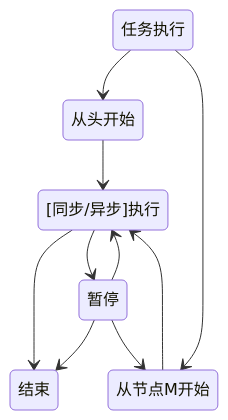
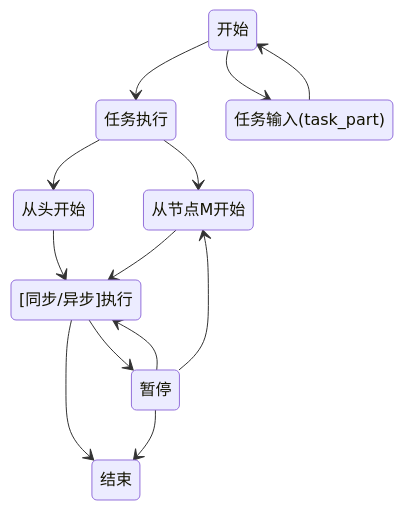
The first of 2 diagrams in mavmission/Readme_mission.md (BearBoy233/cluster), drawn with Mermaid before and after one commit. The commit also changed other lines of this file and 4 other files, not shown here.

````diff
--- a/mavmission/Readme_mission.md
+++ b/mavmission/Readme_mission.md
@@ -33,18 +35,24 @@
-```Mermaid
+```Mermaid 
 
-stateDiagram-v2
+stateDiagram-v2 
 
-任务执行 --> 从头开始
-任务执行 --> 从节点M开始
+开始 --> 任务执行 
 
-从头开始 --> [同步/异步]执行
-从节点M开始 --> [同步/异步]执行
+开始 --> 任务输入(task_part) 
+任务输入(task_part) --> 开始 
 
-[同步/异步]执行 --> 结束
-[同步/异步]执行 --> 暂停
+任务执行 --> 从节点M开始 
 
-暂停 --> 结束
-暂停 --> [同步/异步]执行
+任务执行 --> 从头开始 
+从头开始 --> [同步/异步]执行 
+
+从节点M开始 --> [同步/异步]执行 
+
+[同步/异步]执行 --> 结束 
+[同步/异步]执行 --> 暂停 
+
+暂停 --> 结束 
+暂停 --> [同步/异步]执行 
 暂停 --> 从节点M开始 
 
 ```
````
